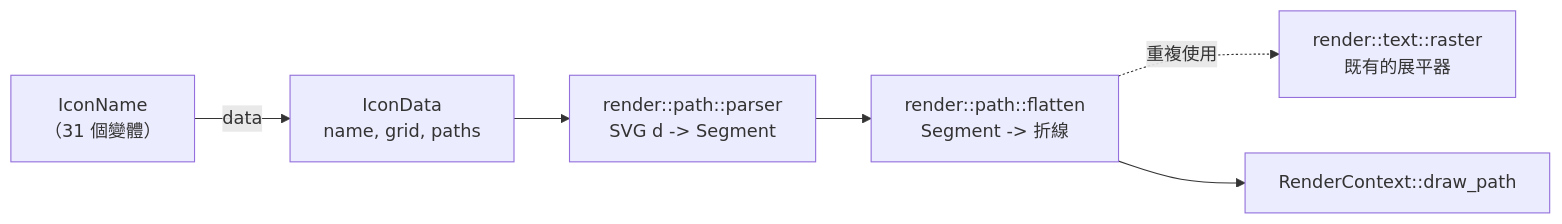
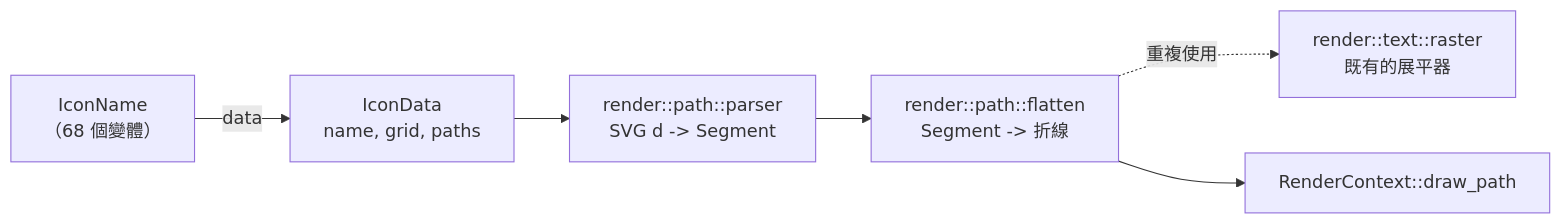
Before and after one commit to mikewolfli/rust-widgets: the sixth of 6 diagrams in cookbook/zh-TW/src/chapters/architecture.md, drawn with Mermaid. The commit also changed other lines of this file and 53 other files, not shown here.

````diff
--- a/cookbook/zh-TW/src/chapters/architecture.md
+++ b/cookbook/zh-TW/src/chapters/architecture.md
@@ -883,15 +887,15 @@
 ```mermaid
 graph LR
-    ENUM["IconName<br/>（31 個變體）"]
+    ENUM["IconName<br/>（68 個變體）"]
     DATA["IconData<br/>name, grid, paths"]
     PARSE["render::path::parser<br/>SVG d -> Segment"]
     FLAT["render::path::flatten<br/>Segment -> 折線"]
     RAST["render::text::raster<br/>既有的展平器"]
     FILL["RenderContext::draw_path"]
 
     ENUM -->|data| DATA
     DATA --> PARSE
     PARSE --> FLAT
     FLAT -.->|重複使用| RAST
     FLAT --> FILL
 ```
````
